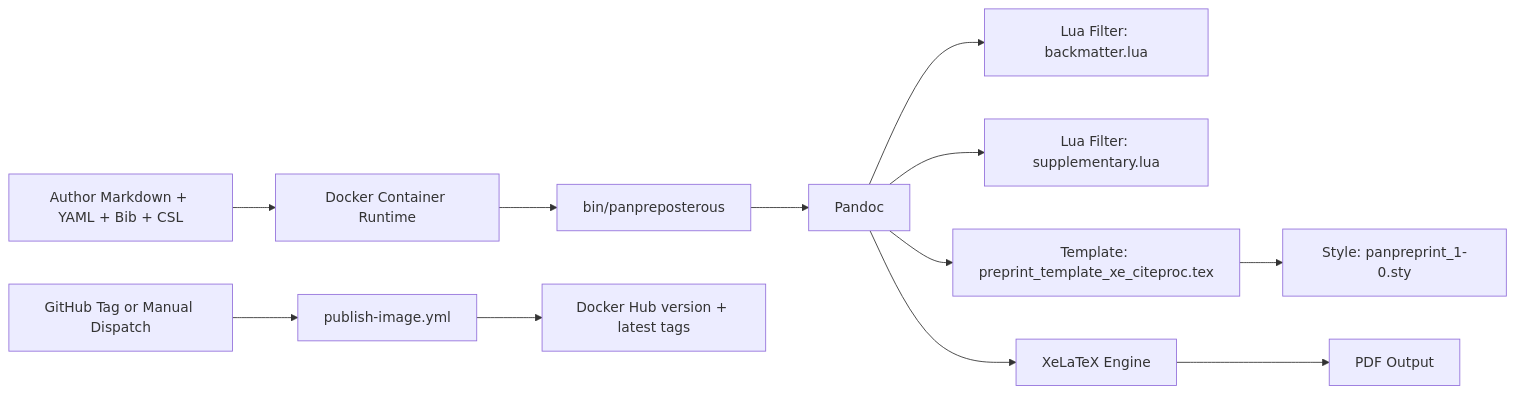
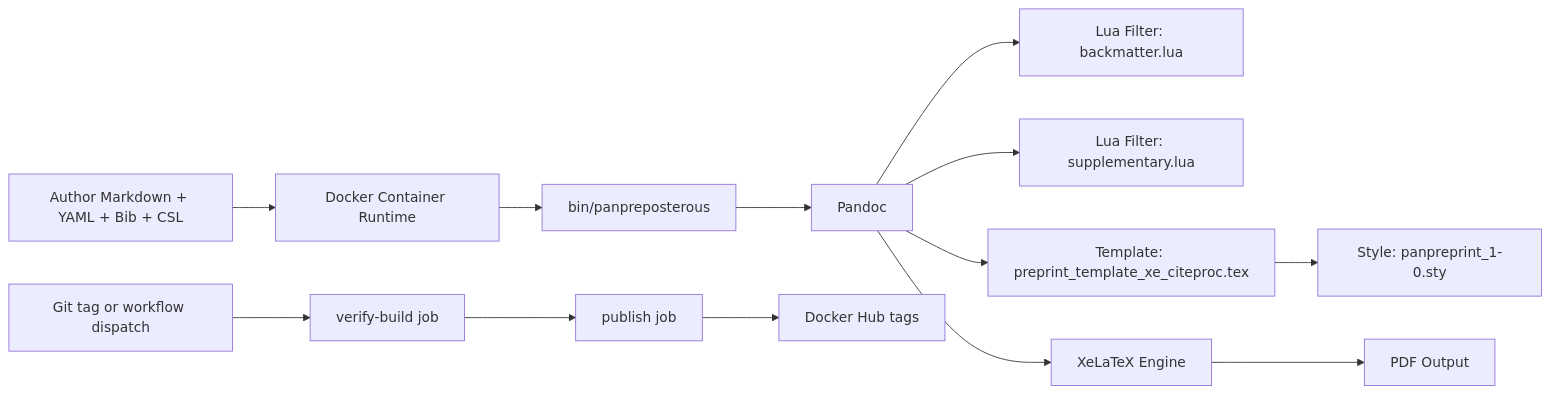
The diagram in docs/anchor/workspace-architecture-anchor.md (costantinicarlo/panpreposterous), drawn with Mermaid before and after one commit. The commit also changed other lines of this file and 1 other file, not shown here.

Commit message:
Add non-rigid smoke-test policy to container image lineage documentation

````diff
--- a/docs/anchor/workspace-architecture-anchor.md
+++ b/docs/anchor/workspace-architecture-anchor.md
@@ -55,14 +55,15 @@
 ```mermaid
 flowchart LR
     A[Author Markdown + YAML + Bib + CSL] --> B[Docker Container Runtime]
     B --> C[bin/panpreposterous]
     C --> D[Pandoc]
     D --> E[Lua Filter: backmatter.lua]
     D --> F[Lua Filter: supplementary.lua]
     D --> G[Template: preprint_template_xe_citeproc.tex]
     G --> H[Style: panpreprint_1-0.sty]
     D --> I[XeLaTeX Engine]
     I --> J[PDF Output]
-    K[GitHub Tag or Manual Dispatch] --> L[publish-image.yml]
-    L --> M[Docker Hub version + latest tags]
+    K[Git tag or workflow dispatch] --> L[verify-build job]
+    L --> M[publish job]
+    M --> N[Docker Hub tags]
 ```
````
